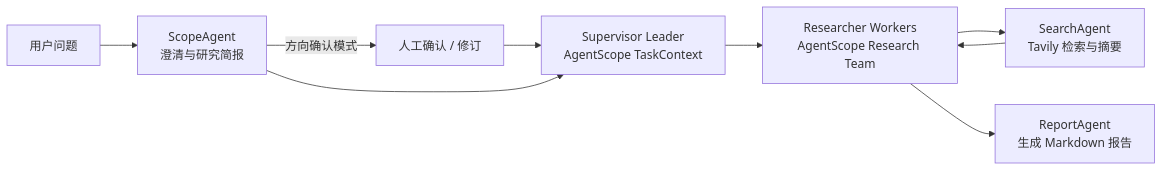
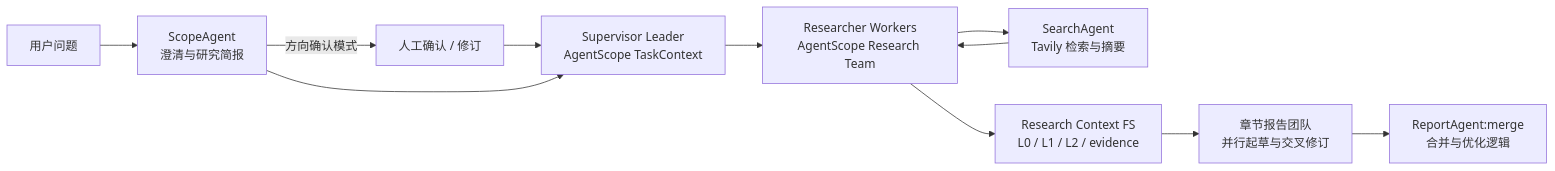
Before and after one commit to haotangyuan/deep-research: the diagram in README.md, drawn with Mermaid. The commit also changed other lines of this file and 20 other files, not shown here.

````diff
--- a/README.md
+++ b/README.md
@@ -41,11 +41,13 @@
 ```mermaid
 flowchart LR
     User["用户问题"] --> Scope["ScopeAgent<br/>澄清与研究简报"]
     Scope -->|"方向确认模式"| HITL["人工确认 / 修订"]
     HITL --> Supervisor
     Scope --> Supervisor["Supervisor Leader<br/>AgentScope TaskContext"]
     Supervisor --> Researcher["Researcher Workers<br/>AgentScope Research Team"]
     Researcher --> Search["SearchAgent<br/>Tavily 检索与摘要"]
     Search --> Researcher
-    Researcher --> Report["ReportAgent<br/>生成 Markdown 报告"]
+    Researcher --> ContextFS["Research Context FS<br/>L0 / L1 / L2 / evidence"]
+    ContextFS --> SectionTeam["章节报告团队<br/>并行起草与交叉修订"]
+    SectionTeam --> Report["ReportAgent:merge<br/>合并与优化逻辑"]
 ```
````
